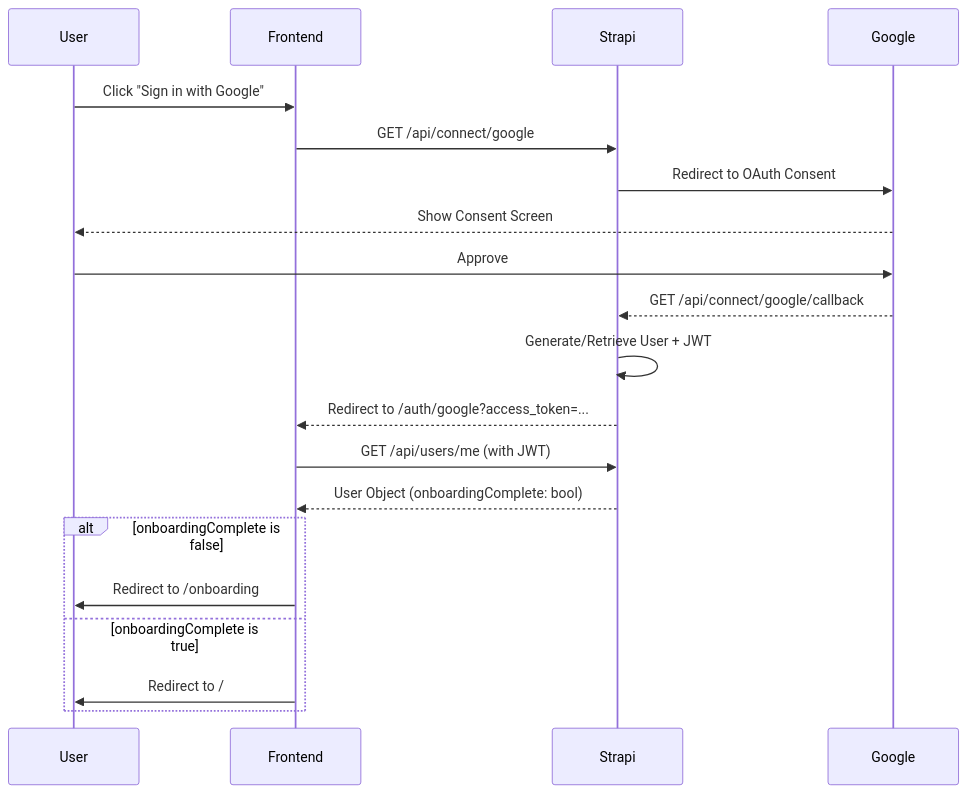
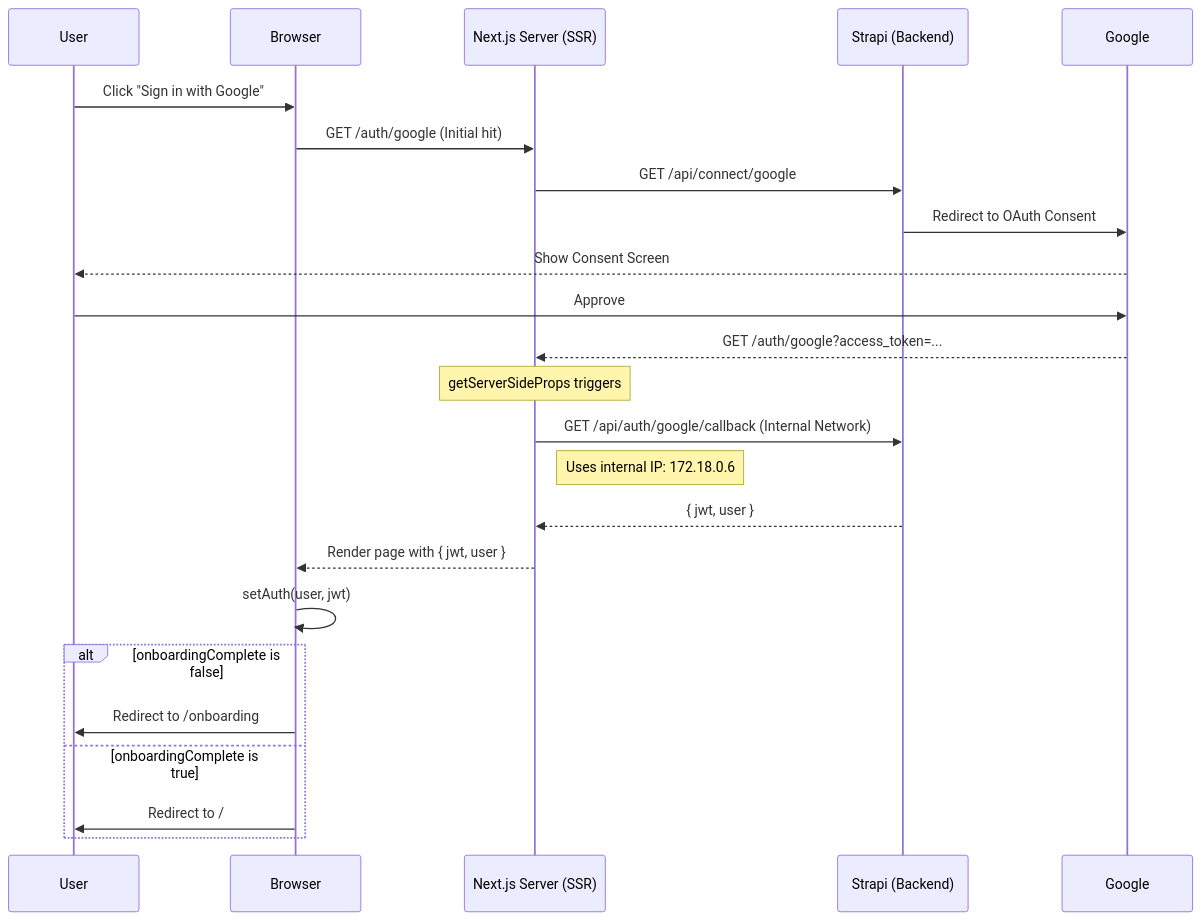
The diagram in docs/GOOGLE_OAUTH.md (akvo/science-for-africa), drawn with Mermaid before and after one commit. The commit also changed other lines of this file and 3 other files, not shown here.

Commit message:
[#15] fix(auth): resolve 401 Unauthorized by migrating to SSR handshake and fixing internal networking

````diff
--- a/docs/GOOGLE_OAUTH.md
+++ b/docs/GOOGLE_OAUTH.md
@@ -38,23 +38,27 @@
 ```mermaid
 sequenceDiagram
     participant User
-    participant Frontend
-    participant Strapi
+    participant Browser
+    participant NextServer as Next.js Server (SSR)
+    participant Strapi as Strapi (Backend)
     participant Google
 
-    User->>Frontend: Click "Sign in with Google"
-    Frontend->>Strapi: GET /api/connect/google
+    User->>Browser: Click "Sign in with Google"
+    Browser->>NextServer: GET /auth/google (Initial hit)
+    NextServer->>Strapi: GET /api/connect/google
     Strapi->>Google: Redirect to OAuth Consent
     Google-->>User: Show Consent Screen
     User->>Google: Approve
-    Google-->>Strapi: GET /api/connect/google/callback
-    Strapi->>Strapi: Generate/Retrieve User + JWT
-    Strapi-->>Frontend: Redirect to /auth/google?access_token=...
-    Frontend->>Strapi: GET /api/users/me (with JWT)
-    Strapi-->>Frontend: User Object (onboardingComplete: bool)
+    Google-->>NextServer: GET /auth/google?access_token=...
+    Note over NextServer: getServerSideProps triggers
+    NextServer->>Strapi: GET /api/auth/google/callback (Internal Network)
+    Note right of NextServer: Uses internal IP: 172.18.0.6
+    Strapi-->>NextServer: { jwt, user }
+    NextServer-->>Browser: Render page with { jwt, user }
+    Browser->>Browser: setAuth(user, jwt)
     alt onboardingComplete is false
-        Frontend->>User: Redirect to /onboarding
+        Browser->>User: Redirect to /onboarding
     else onboardingComplete is true
-        Frontend->>User: Redirect to /
+        Browser->>User: Redirect to /
     end
 ```
````
